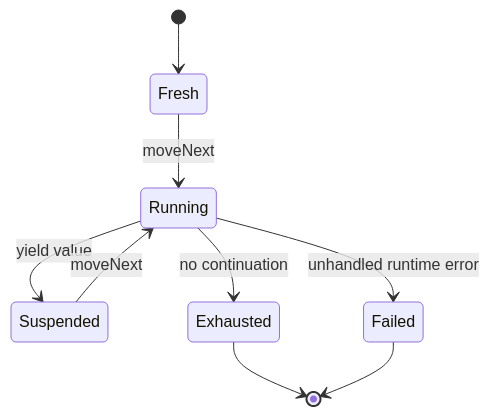
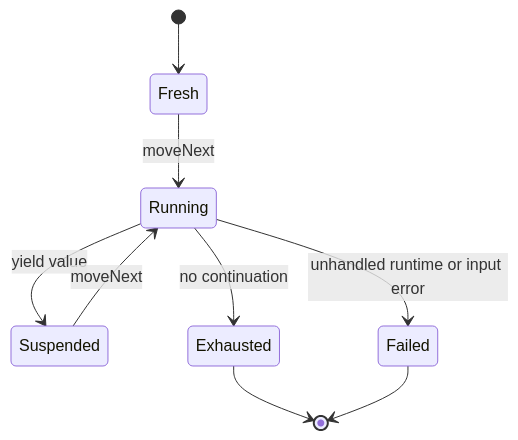
The second of 3 diagrams in openspec/changes/implement-core-language/design.md (sh1ny/zaru), drawn with Mermaid before and after one commit. The commit also changed other lines of this file and 11 other files, not shown here.

````diff
--- a/openspec/changes/implement-core-language/design.md
+++ b/openspec/changes/implement-core-language/design.md
@@ -85,11 +121,11 @@
 ```mermaid
 stateDiagram-v2
   [*] --> Fresh
   Fresh --> Running: moveNext
   Running --> Suspended: yield value
   Suspended --> Running: moveNext
   Running --> Exhausted: no continuation
-  Running --> Failed: unhandled runtime error
+  Running --> Failed: unhandled runtime or input error
   Exhausted --> [*]
   Failed --> [*]
 ```
````
